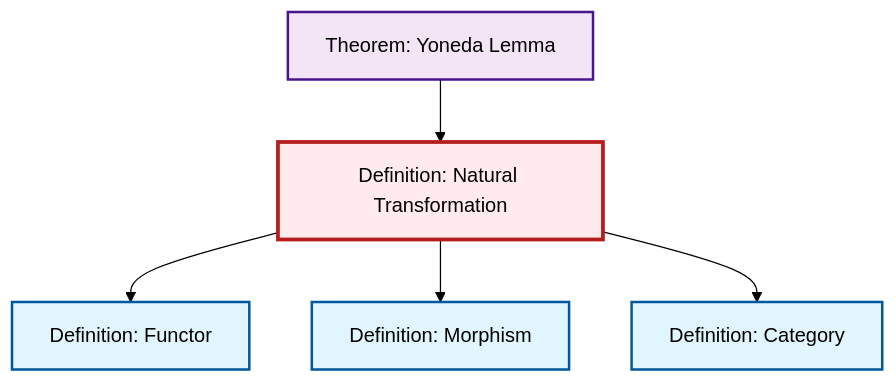
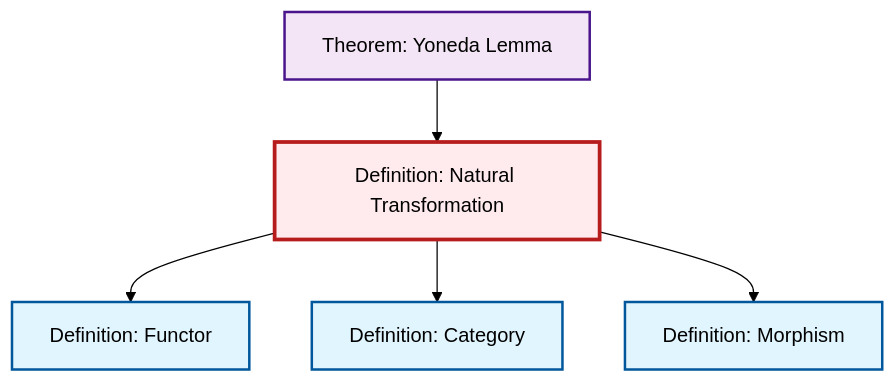
One commit to RK0429/ModernMath changed the diagram in content/ja/category-theory/def-natural-transformation.qmd. Above: the diagram before and after it, drawn with Mermaid (forest theme). The commit also changed other lines of this file and 530 other files, not shown here.

````diff
--- a/content/ja/category-theory/def-natural-transformation.qmd
+++ b/content/ja/category-theory/def-natural-transformation.qmd
@@ -60,23 +60,23 @@
 ```{mermaid}
 %%| fig-cap: "Local dependency graph"
 graph TD
     classDef definition fill:#e1f5fe,stroke:#01579b,stroke-width:2px
     classDef theorem fill:#f3e5f5,stroke:#4a148c,stroke-width:2px
     classDef axiom fill:#fff3e0,stroke:#e65100,stroke-width:2px
     classDef example fill:#e8f5e9,stroke:#1b5e20,stroke-width:2px
     classDef current fill:#ffebee,stroke:#b71c1c,stroke-width:3px
+    thm-yoneda["Theorem: Yoneda Lemma"]:::theorem
     def-category["Definition: Category"]:::definition
     def-functor["Definition: Functor"]:::definition
-    thm-yoneda["Theorem: Yoneda Lemma"]:::theorem
     def-morphism["Definition: Morphism"]:::definition
     def-natural-transformation["Definition: Natural Transformation"]:::definition
     def-natural-transformation --> def-functor
+    def-natural-transformation --> def-category
     thm-yoneda --> def-natural-transformation
     def-natural-transformation --> def-morphism
-    def-natural-transformation --> def-category
     class def-natural-transformation current
+    click thm-yoneda "thm-yoneda.html" "Theorem: Yoneda Lemmaへ"
     click def-category "def-category.html" "Definition: Categoryへ"
     click def-functor "def-functor.html" "Definition: Functorへ"
-    click thm-yoneda "thm-yoneda.html" "Theorem: Yoneda Lemmaへ"
     click def-morphism "def-morphism.html" "Definition: Morphismへ"
 ```
````
